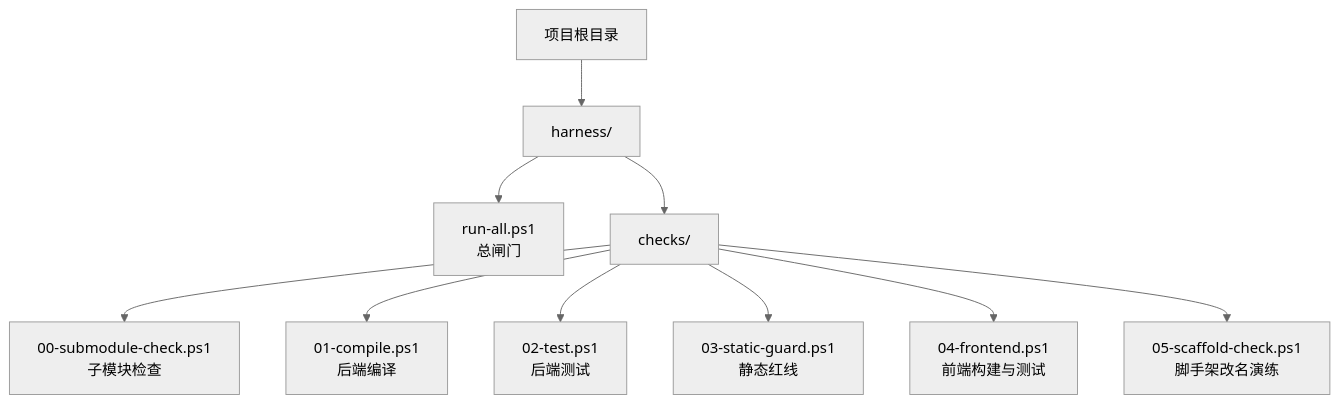
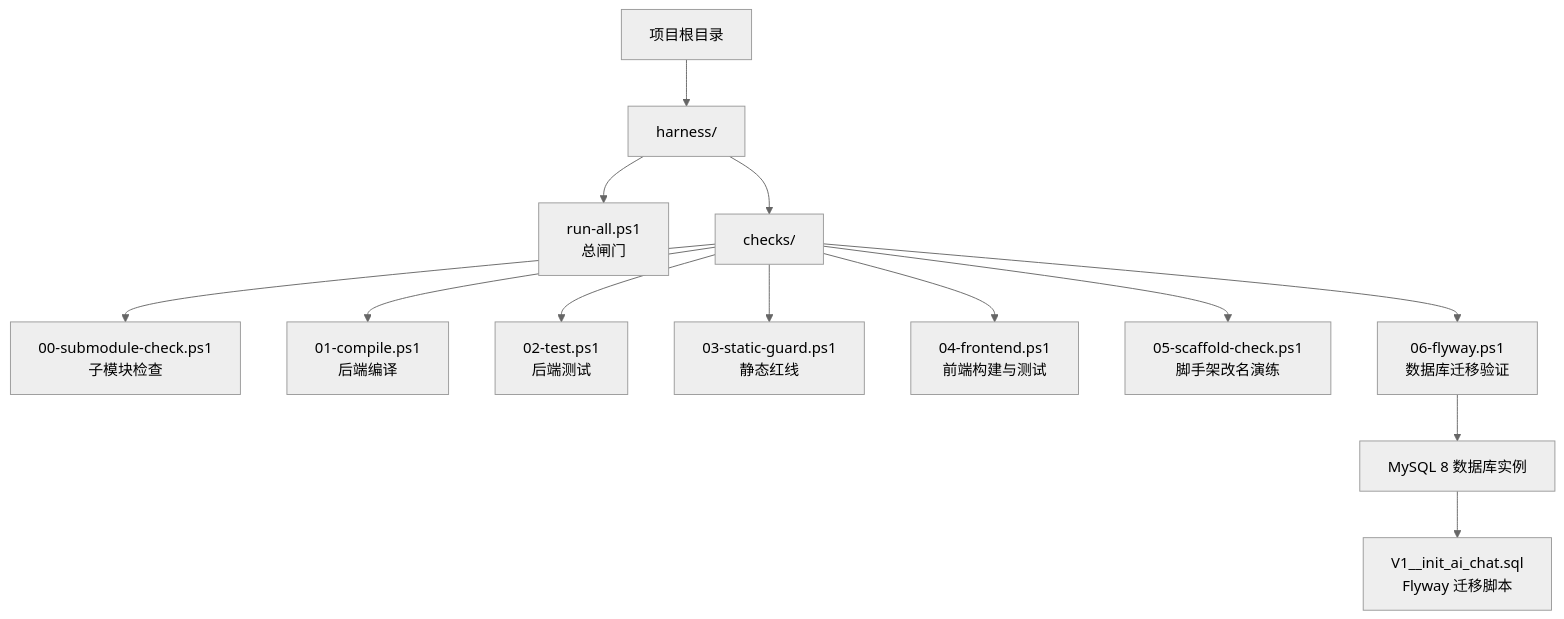
Before and after one commit to luyitiger6/my-first-project: the first of 13 diagrams in .qoder/repowiki/zh/content/自动化验证/闸门系统概述.md, drawn with Mermaid (neutral theme). The commit also changed other lines of this file and 38 other files, not shown here.

````diff
--- a/.qoder/repowiki/zh/content/自动化验证/闸门系统概述.md
+++ b/.qoder/repowiki/zh/content/自动化验证/闸门系统概述.md
@@ -44,12 +54,15 @@
 ```mermaid
 graph TB
 Root["项目根目录"] --> Harness["harness/"]
 Harness --> RunAll["run-all.ps1<br/>总闸门"]
 Harness --> Checks["checks/"]
 Checks --> C00["00-submodule-check.ps1<br/>子模块检查"]
 Checks --> C01["01-compile.ps1<br/>后端编译"]
 Checks --> C02["02-test.ps1<br/>后端测试"]
 Checks --> C03["03-static-guard.ps1<br/>静态红线"]
 Checks --> C04["04-frontend.ps1<br/>前端构建与测试"]
 Checks --> C05["05-scaffold-check.ps1<br/>脚手架改名演练"]
+Checks --> C06["06-flyway.ps1<br/>数据库迁移验证"]
+C06 --> DB["MySQL 8 数据库实例"]
+DB --> Migration["V1__init_ai_chat.sql<br/>Flyway 迁移脚本"]
 ```
````
